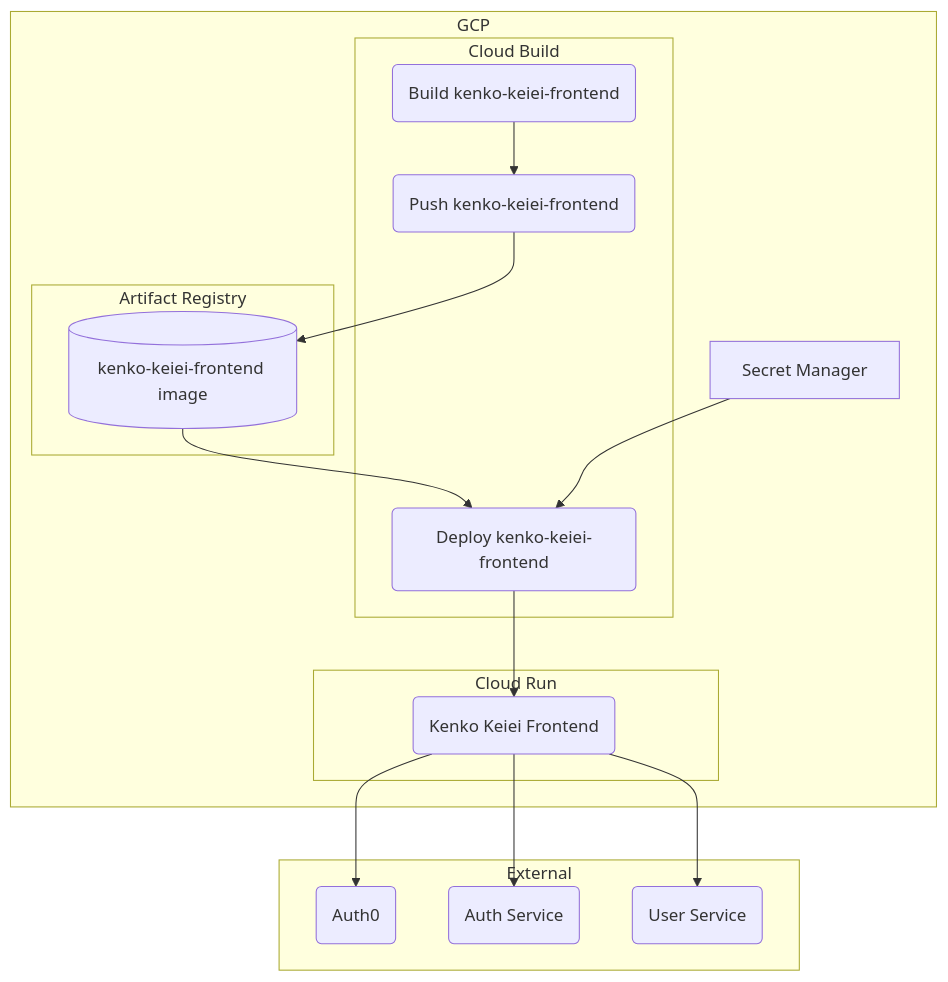
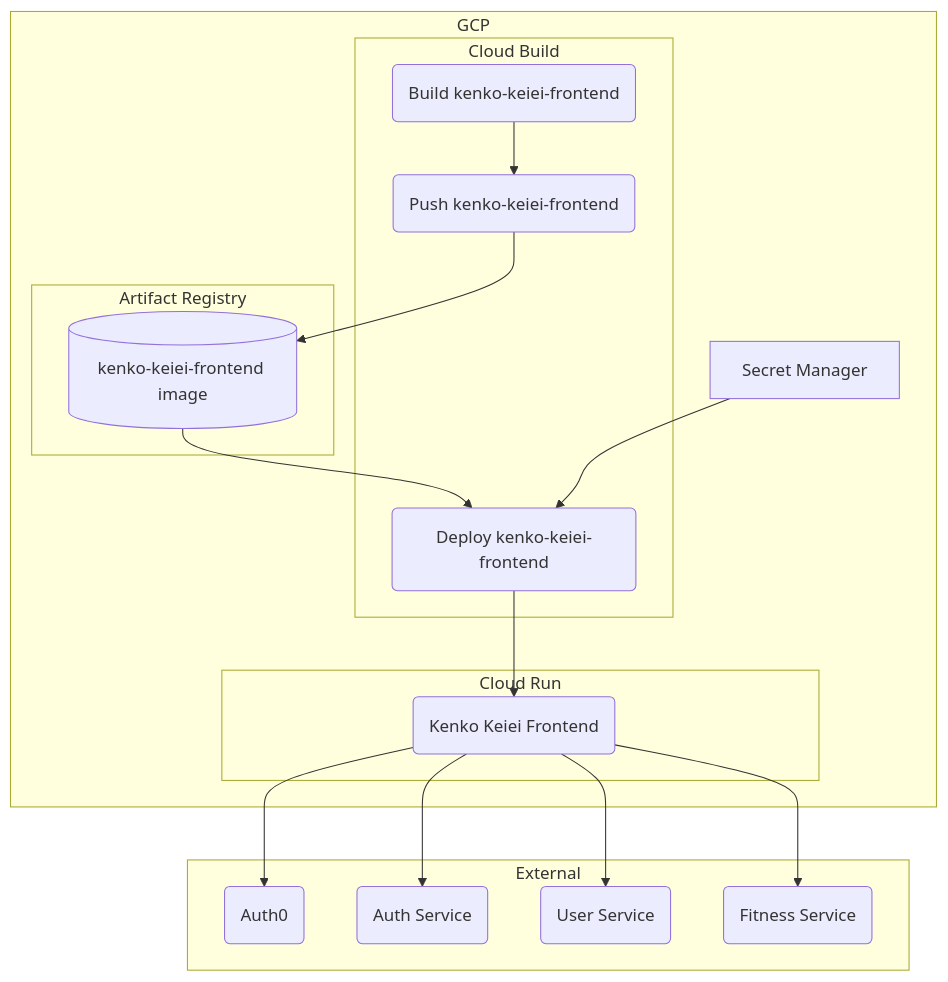
Before and after one commit to qkitzero/kenko-keiei-frontend: the diagram in README.md, drawn with Mermaid.

Commit message:
docs(readme): add fitness-service to the deployment diagram
The customer features rely on fitness-service, but it was missing from
the External subgraph. Add the node and the edge from the frontend.

````diff
--- a/README.md
+++ b/README.md
@@ -8,36 +8,38 @@
 ```mermaid
 flowchart TD
     subgraph gcp[GCP]
         secret_manager[Secret Manager]
 
         subgraph cloud_build[Cloud Build]
             build_kenko_keiei_frontend(Build kenko-keiei-frontend)
             push_kenko_keiei_frontend(Push kenko-keiei-frontend)
             deploy_kenko_keiei_frontend(Deploy kenko-keiei-frontend)
         end
 
         subgraph artifact_registry[Artifact Registry]
             kenko_keiei_frontend_image[(kenko-keiei-frontend image)]
         end
 
         subgraph cloud_run[Cloud Run]
             kenko_keiei_frontend(Kenko Keiei Frontend)
         end
     end
 
     subgraph external[External]
         auth0(Auth0)
         auth_service(Auth Service)
         user_service(User Service)
+        fitness_service(Fitness Service)
     end
 
     build_kenko_keiei_frontend --> push_kenko_keiei_frontend --> kenko_keiei_frontend_image
 
     kenko_keiei_frontend_image --> deploy_kenko_keiei_frontend --> kenko_keiei_frontend
 
     secret_manager --> deploy_kenko_keiei_frontend
 
     kenko_keiei_frontend --> auth0
     kenko_keiei_frontend --> auth_service
     kenko_keiei_frontend --> user_service
+    kenko_keiei_frontend --> fitness_service
 ```
````
